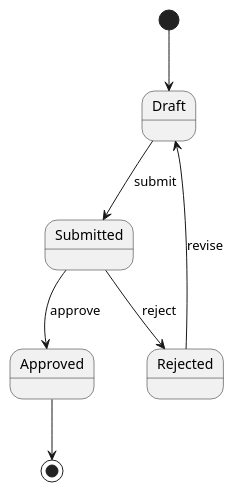
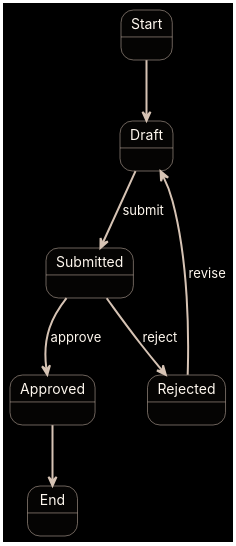
One commit to Omegapy/plantuml-ai-skill changed the fifth of 8 diagrams in .agents/skills/plantuml-diagram/references/examples.md. Above: the diagram before and after it, drawn with PlantUML. The commit also changed other lines of this file and 25 other files, not shown here.

Commit message:
Harden AEther PlantUML render palette

````diff
--- a/.agents/skills/plantuml-diagram/references/examples.md
+++ b/.agents/skills/plantuml-diagram/references/examples.md
@@ -78,10 +145,29 @@
 ```plantuml
 @startuml
-[*] --> Draft
+skinparam backgroundColor #000000
+skinparam shadowing false
+skinparam defaultFontName Inter
+skinparam defaultFontColor #fff8ef
+skinparam ArrowColor #d6c3b4
+skinparam ArrowFontColor #fff8ef
+skinparam ArrowHeadColor #d6c3b4
+skinparam ArrowThickness 2
+skinparam DefaultTextAlignment center
+skinparam StateBackgroundColor #050403
+skinparam StateBorderColor #d6c3b4
+skinparam StateFontColor #fff8ef
+skinparam StateAttributeFontColor #fff8ef
+state "Start" as Start
+state Draft
+state Submitted
+state Approved
+state Rejected
+state "End" as End
+Start --> Draft
 Draft --> Submitted : submit
 Submitted --> Approved : approve
 Submitted --> Rejected : reject
-Approved --> [*]
+Approved --> End
 Rejected --> Draft : revise
 @enduml
 ```
````
